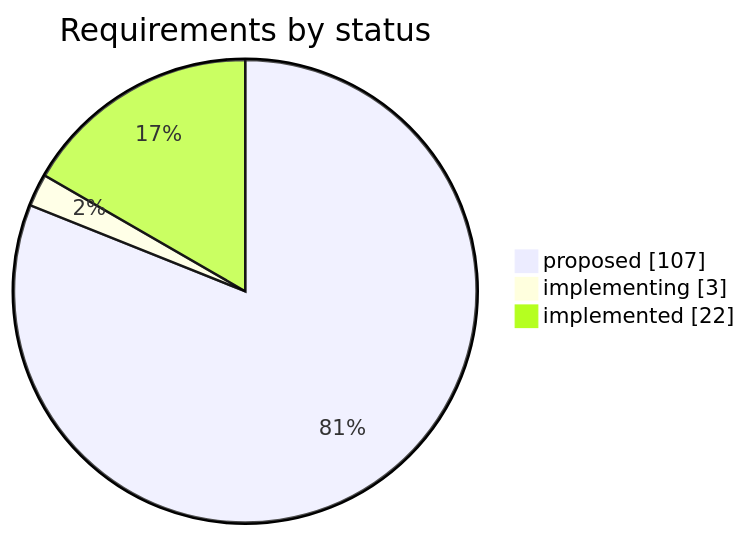
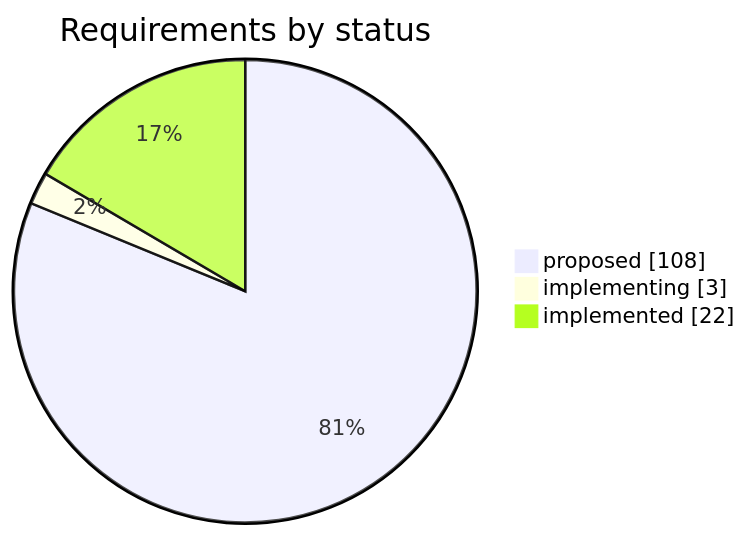
One commit to iammaxsu/automatic-testing-architecture changed the first of 2 diagrams in STATUS.md. Above: the diagram before and after it, drawn with Mermaid. The commit also changed other lines of this file and 6 other files, not shown here.

````diff
--- a/STATUS.md
+++ b/STATUS.md
@@ -25,6 +25,6 @@
 ```mermaid
 pie showData title Requirements by status
-    "proposed" : 107
+    "proposed" : 108
     "implementing" : 3
     "implemented" : 22
 ```
````
